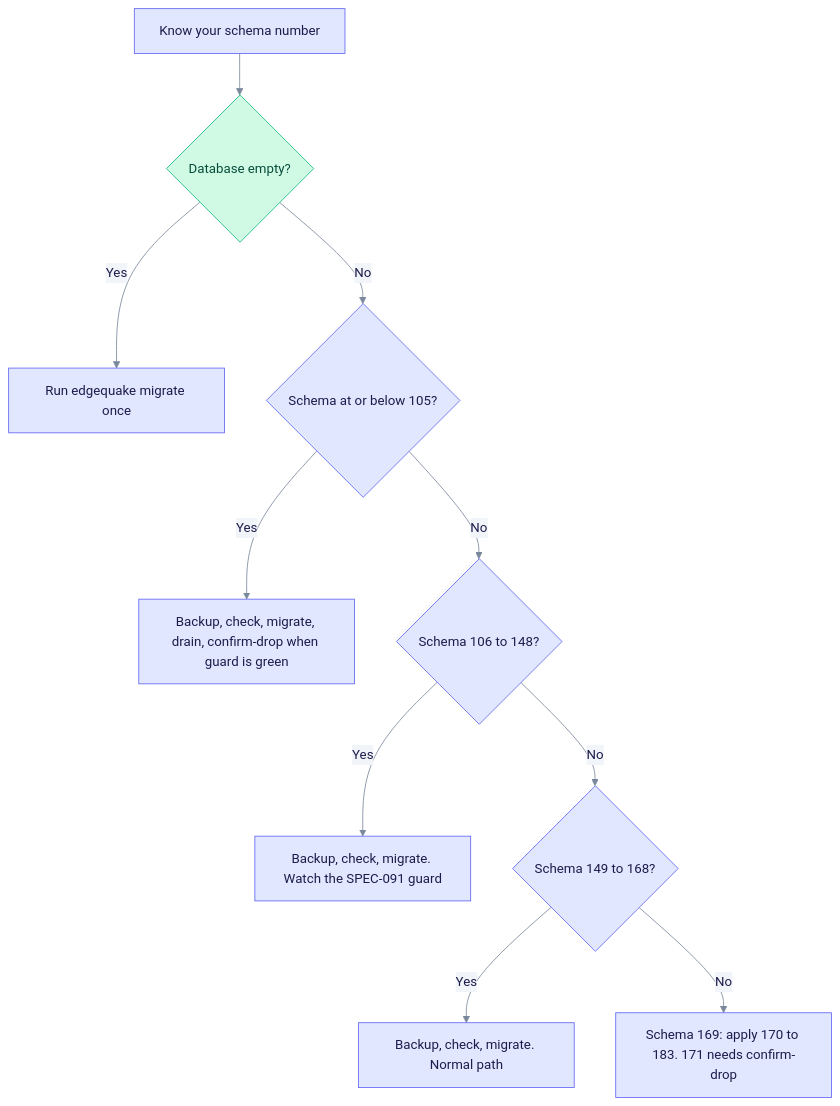
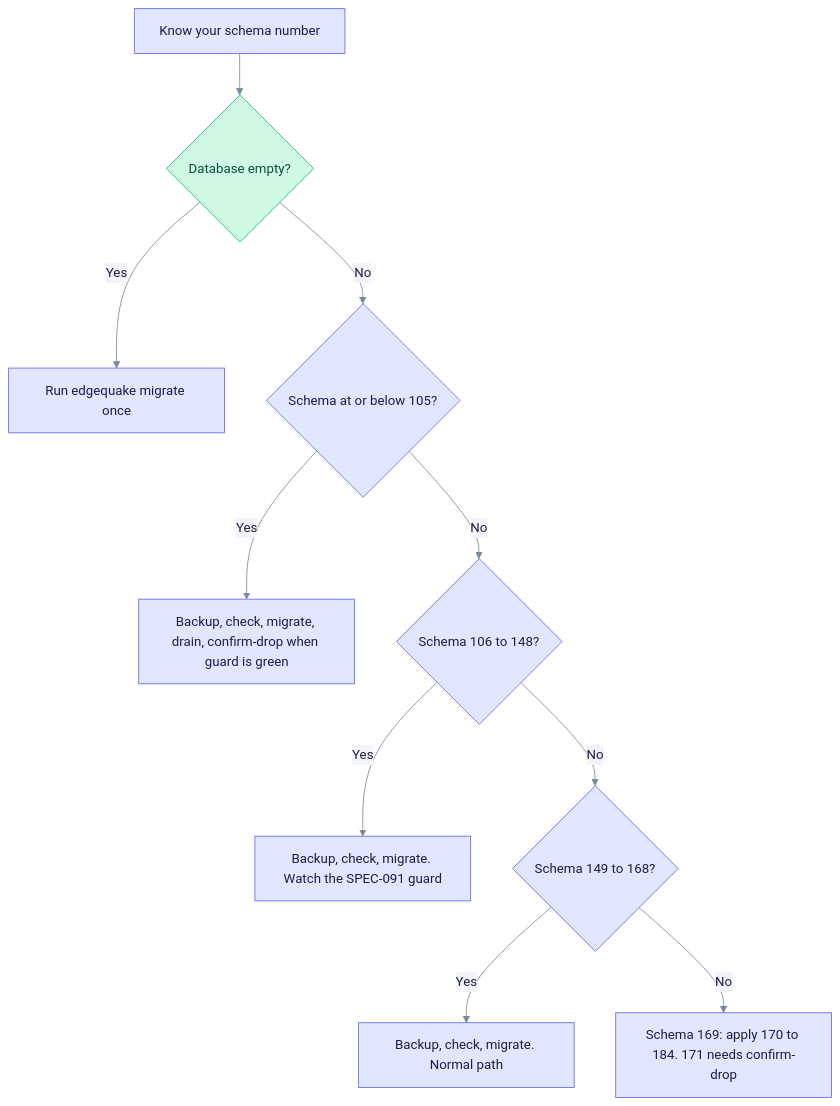
The first of 3 diagrams in docs/operations/upgrading.md (YatchiYa/edgequake), drawn with Mermaid before and after one commit. The commit also changed other lines of this file and 9 other files, not shown here.

````diff
--- a/docs/operations/upgrading.md
+++ b/docs/operations/upgrading.md
@@ -24,17 +24,17 @@
 ```mermaid
 %%{init: {"theme":"base","themeVariables":{"primaryColor":"#E0E7FF","primaryBorderColor":"#6366F1","primaryTextColor":"#1E1B4B","secondaryColor":"#D1FAE5","secondaryBorderColor":"#10B981","secondaryTextColor":"#064E3B","tertiaryColor":"#FEF3C7","tertiaryBorderColor":"#F59E0B","tertiaryTextColor":"#6B7A90","lineColor":"#7A889C","clusterBkg":"rgba(99,102,241,0.07)","clusterBorder":"#A5B4FC","noteBkgColor":"#FEF9C3","noteTextColor":"#422006","textColor":"#6B7A90","titleColor":"#6B7A90","signalColor":"#7A889C","signalTextColor":"#6B7A90","loopTextColor":"#6B7A90","edgeLabelBackground":"#F1F5F9","actorLineColor":"#94A3B8"}}}%%
 %% eq-theme:v1
 flowchart TD
   A["Know your schema number"] --> B{"Database empty?"}
   B -->|Yes| C["Run edgequake migrate once"]
   B -->|No| D{"Schema at or below 105?"}
   D -->|Yes| E["Backup, check, migrate, drain, confirm-drop when guard is green"]
   D -->|No| F{"Schema 106 to 148?"}
   F -->|Yes| G["Backup, check, migrate. Watch the SPEC-091 guard"]
   F -->|No| H{"Schema 149 to 168?"}
   H -->|Yes| I["Backup, check, migrate. Normal path"]
-  H -->|No| J["Schema 169: apply 170 to 183. 171 needs confirm-drop"]
+  H -->|No| J["Schema 169: apply 170 to 184. 171 needs confirm-drop"]
 %% eq-classes
 classDef eqStore fill:#D1FAE5,stroke:#10B981,color:#064E3B
 class B eqStore
 ```
````
